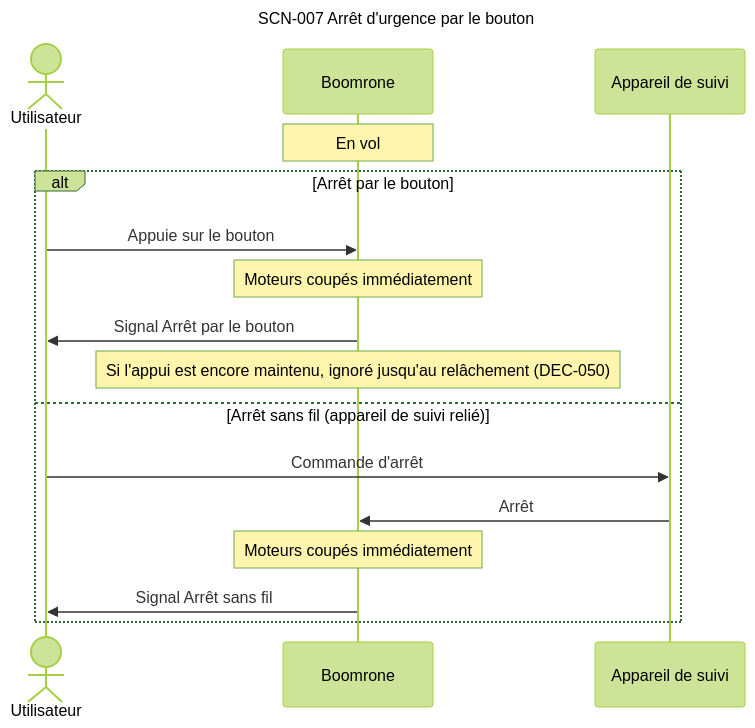
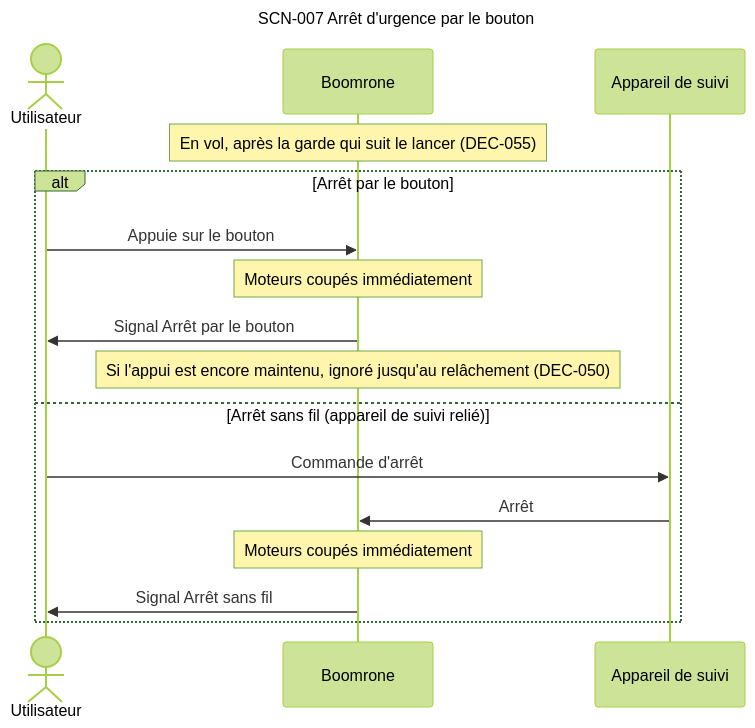
One commit to thourymatthieu-png/coworker_archi_system changed the ninth of 13 diagrams in projets/boomrone/00-scenarios.md. Above: the diagram before and after it, drawn with Mermaid (forest theme). The commit also changed other lines of this file and 5 other files, not shown here.

Commit message:
Boomrone : titres DEC/DOU corrigés, relectures des diagrammes, note de reprise ; règle de contradiction dans la charte

````diff
--- a/projets/boomrone/00-scenarios.md
+++ b/projets/boomrone/00-scenarios.md
@@ -324,21 +337,21 @@
 ```mermaid
 ---
 title: "SCN-007 Arrêt d'urgence par le bouton"
 ---
 sequenceDiagram
     actor U as Utilisateur
     participant D as Boomrone
     participant A as Appareil de suivi
-    Note over D: En vol
+    Note over D: En vol, après la garde qui suit le lancer (DEC-055)
     alt Arrêt par le bouton
         U->>D: Appuie sur le bouton
         Note over D: Moteurs coupés immédiatement
         D->>U: Signal Arrêt par le bouton
         Note over D: Si l'appui est encore maintenu, ignoré jusqu'au relâchement (DEC-050)
     else Arrêt sans fil (appareil de suivi relié)
         U->>A: Commande d'arrêt
         A->>D: Arrêt
         Note over D: Moteurs coupés immédiatement
         D->>U: Signal Arrêt sans fil
     end
 ```
````
